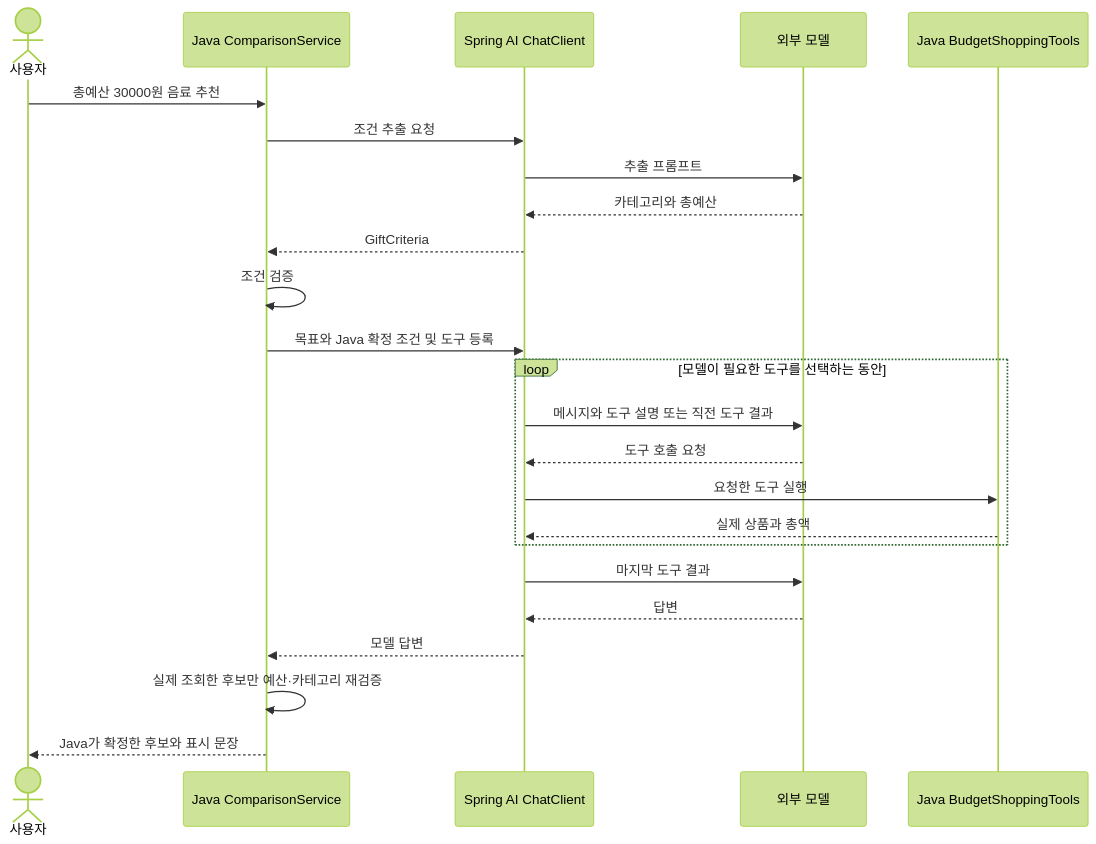
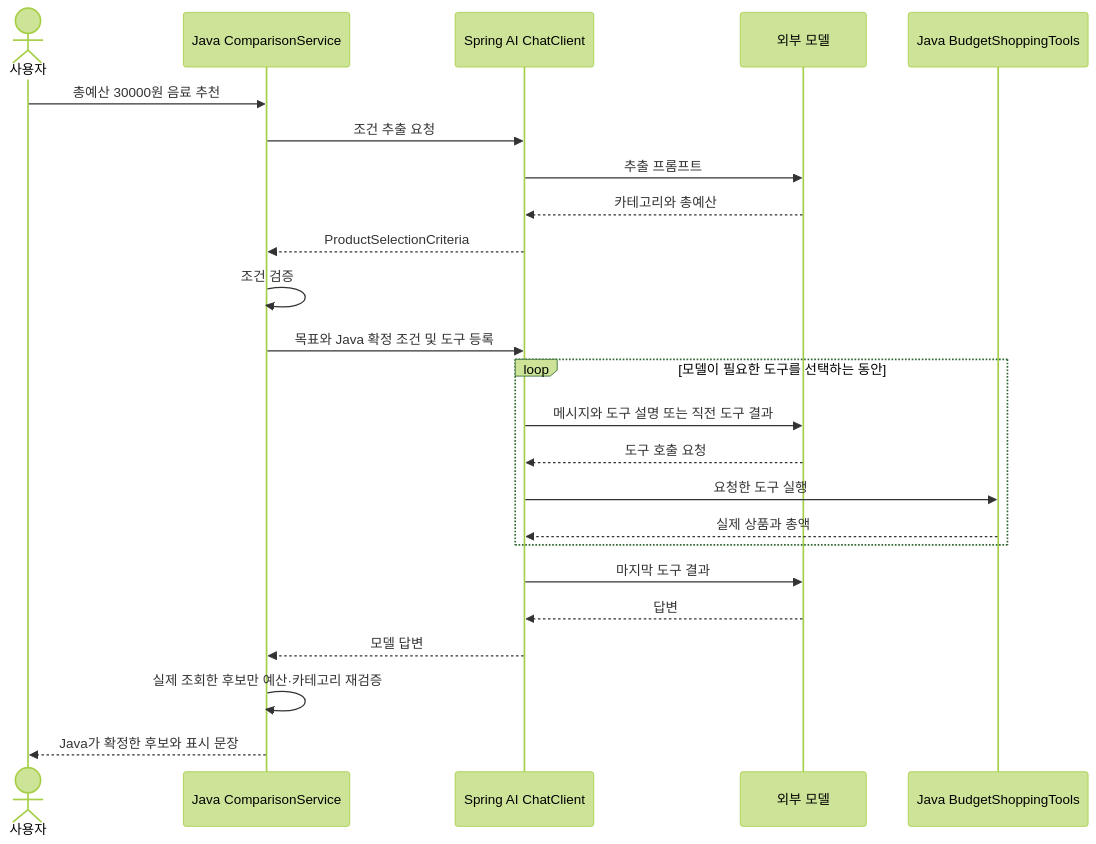
One commit to Justin-ad-Park/SpringShoppingAI changed the diagram in Spring-AI-Agent-Learning/docs/lessons/06-workflow-agent/03-hybrid.md. Above: the diagram before and after it, drawn with Mermaid (forest theme). The commit also changed other lines of this file and 12 other files, not shown here.

````diff
--- a/Spring-AI-Agent-Learning/docs/lessons/06-workflow-agent/03-hybrid.md
+++ b/Spring-AI-Agent-Learning/docs/lessons/06-workflow-agent/03-hybrid.md
@@ -11,26 +11,26 @@
 ```mermaid
 sequenceDiagram
     actor User as 사용자
     participant App as Java ComparisonService
     participant AI as Spring AI ChatClient
     participant Model as 외부 모델
     participant Tool as Java BudgetShoppingTools
     User->>App: 총예산 30000원 음료 추천
     App->>AI: 조건 추출 요청
     AI->>Model: 추출 프롬프트
     Model-->>AI: 카테고리와 총예산
-    AI-->>App: GiftCriteria
+    AI-->>App: ProductSelectionCriteria
     App->>App: 조건 검증
     App->>AI: 목표와 Java 확정 조건 및 도구 등록
     loop 모델이 필요한 도구를 선택하는 동안
         AI->>Model: 메시지와 도구 설명 또는 직전 도구 결과
         Model-->>AI: 도구 호출 요청
         AI->>Tool: 요청한 도구 실행
         Tool-->>AI: 실제 상품과 총액
     end
     AI->>Model: 마지막 도구 결과
     Model-->>AI: 답변
     AI-->>App: 모델 답변
     App->>App: 실제 조회한 후보만 예산·카테고리 재검증
     App-->>User: Java가 확정한 후보와 표시 문장
 ```
````
